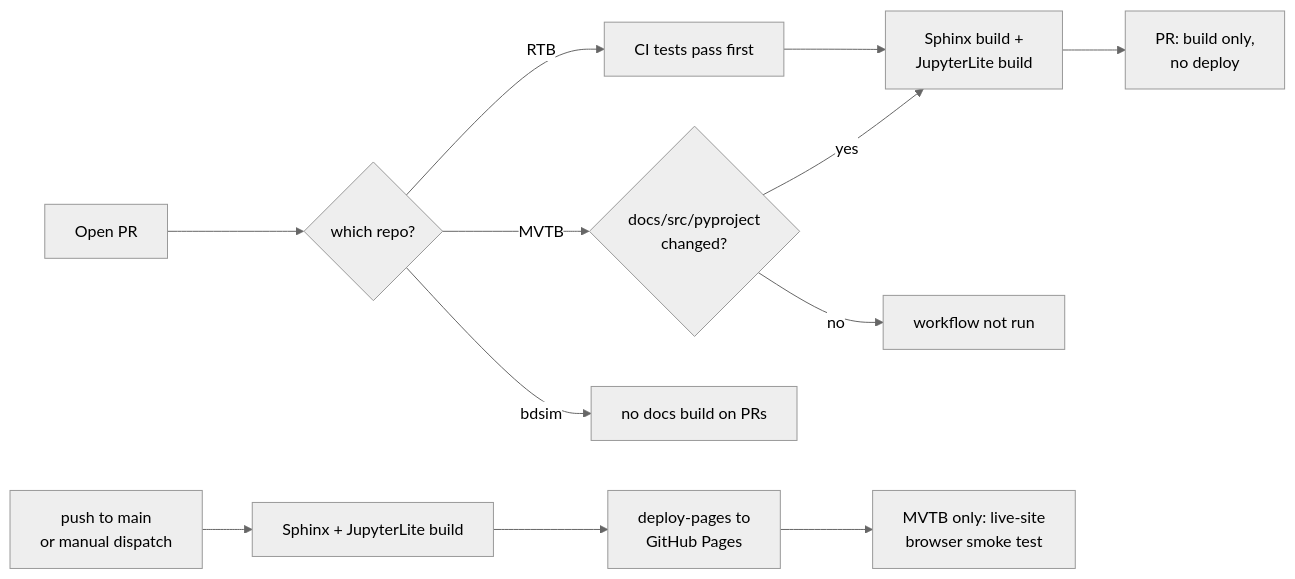
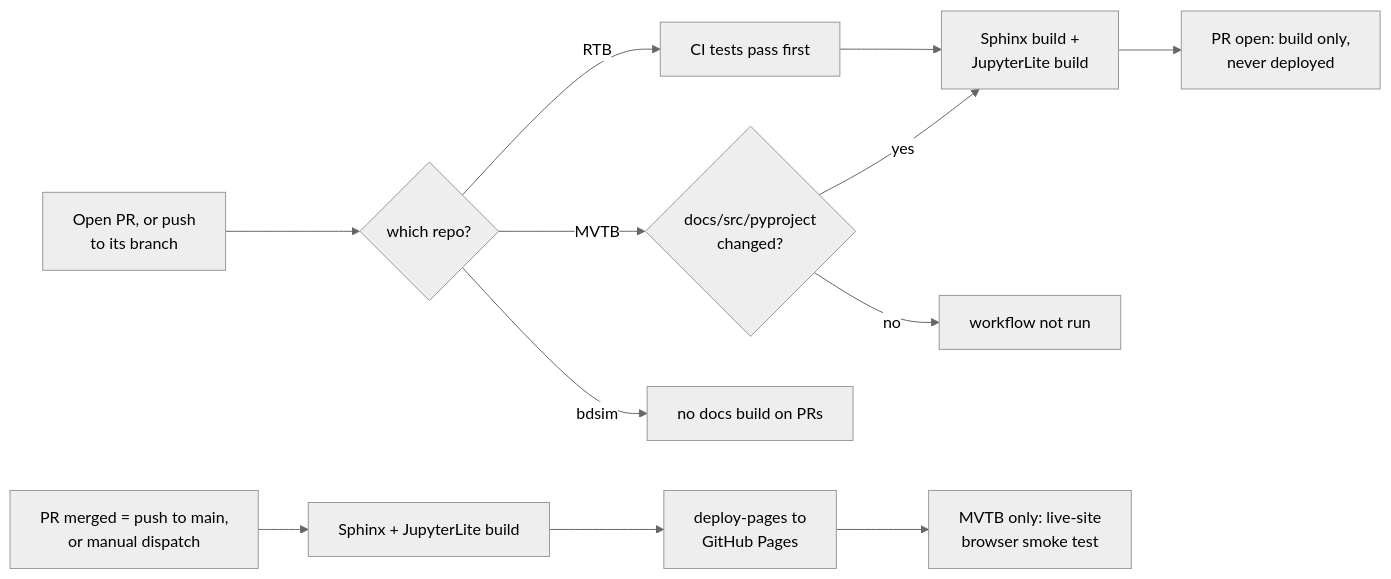
One commit to petercorke/rvc-ecosystem changed the fourth of 4 diagrams in CI.md. Above: the diagram before and after it, drawn with Mermaid (neutral theme). The commit also changed other lines of this file, not shown here.

````diff
--- a/CI.md
+++ b/CI.md
@@ -115,14 +119,14 @@
 ```mermaid
 flowchart LR
-    PRB[Open PR] --> WHO{which repo?}
+    PRB[Open PR, or push<br/>to its branch] --> WHO{which repo?}
     WHO -- RTB --> T[CI tests pass first]
     WHO -- MVTB --> F{docs/src/pyproject<br/>changed?}
     WHO -- bdsim --> NONE[no docs build on PRs]
     T --> BUILD[Sphinx build +<br/>JupyterLite build]
     F -- yes --> BUILD
     F -- no --> SKIP[workflow not run]
-    BUILD --> NODEP[PR: build only,<br/>no deploy]
-    PUSH[push to main<br/>or manual dispatch] --> BUILD2[Sphinx + JupyterLite build]
+    BUILD --> NODEP[PR open: build only,<br/>never deployed]
+    PUSH[PR merged = push to main,<br/>or manual dispatch] --> BUILD2[Sphinx + JupyterLite build]
     BUILD2 --> PAGES[deploy-pages to<br/>GitHub Pages]
     PAGES --> SMOKE[MVTB only: live-site<br/>browser smoke test]
 ```
````
